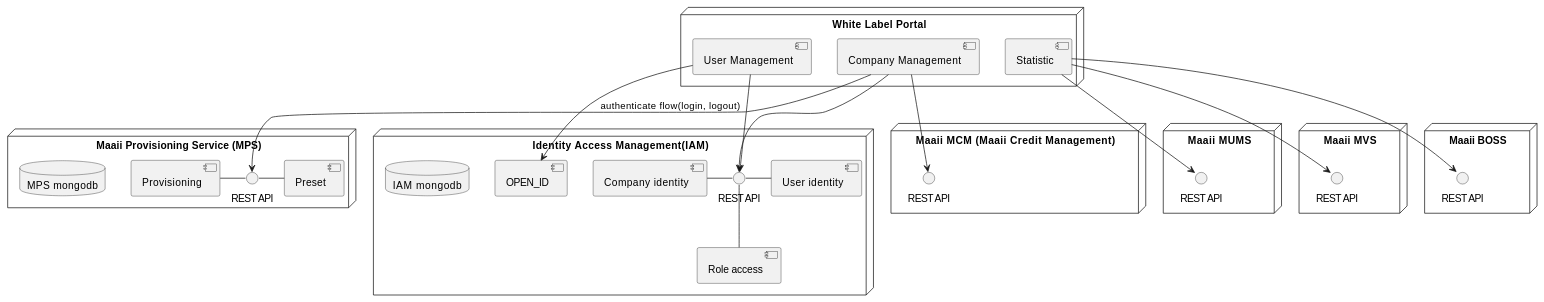
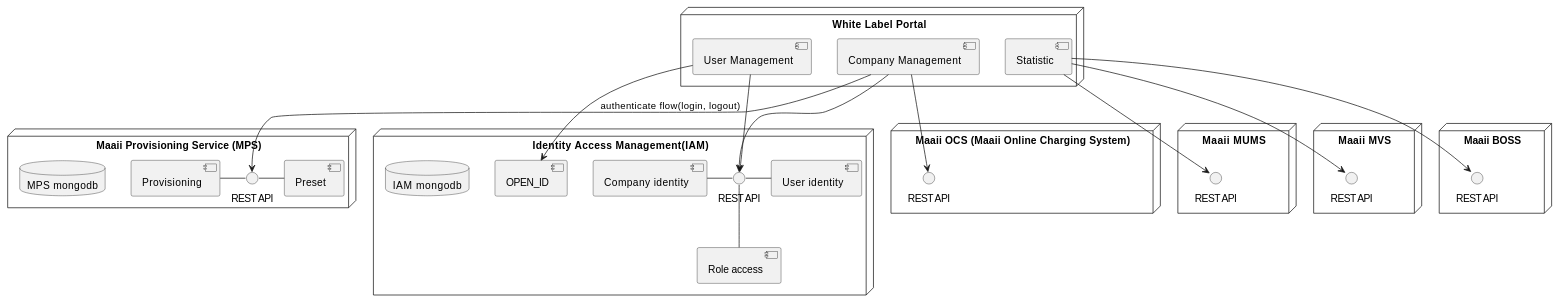
One commit to hhhuangqiong/WLP changed the diagram in docs/ARCHITECTURE.md. Above: the diagram before and after it, drawn with PlantUML. The commit also changed other lines of this file and 6 other files, not shown here.

Commit message:
Rename the MCM to OCS and update the doc

```diff
--- a/docs/ARCHITECTURE.md
+++ b/docs/ARCHITECTURE.md
@@ -7,48 +7,48 @@
 {% plantuml %}
 node "White Label Portal" {
   [Company Management] as WLP_COMPANY_MGMT
   [User Management] as WLP_USER_MGMT
   [Statistic] as WLP_STAT
 }
 
 node "Identity Access Management(IAM)" {
   interface "REST API" as IAM_REST
   [Company identity] - IAM_REST
   IAM_REST - [User identity]
   IAM_REST -d- [Role access]
   [OPEN_ID]
   database "IAM mongodb"
 }
 
 node "Maaii Provisioning Service (MPS)" {
   interface "REST API" as MPS_REST
   [Provisioning] - MPS_REST
   MPS_REST - [Preset]
   database "MPS mongodb"
 }
 
-node "Maaii MCM (Maaii Credit Management)" {
-  interface "REST API" as MCM_REST
+node "Maaii OCS (Maaii Online Charging System)" {
+  interface "REST API" as OCS_REST
 }
 
 node "Maaii MUMS" {
   interface "REST API" as MUMS_REST
 }
 
 node "Maaii MVS" {
   interface "REST API" as MVS_REST
 }
 
 node "Maaii BOSS" {
   interface "REST API" as BOSS_REST
 }
 
 [WLP_COMPANY_MGMT] --> MPS_REST
 [WLP_COMPANY_MGMT] --> IAM_REST
-[WLP_COMPANY_MGMT] --> MCM_REST
+[WLP_COMPANY_MGMT] --> OCS_REST
 [WLP_USER_MGMT] --> IAM_REST
 [WLP_USER_MGMT] --> [OPEN_ID] : authenticate flow(login, logout)
 [WLP_STAT] --> MUMS_REST
 [WLP_STAT] --> MVS_REST
 [WLP_STAT] --> BOSS_REST
 {% endplantuml %}
```
